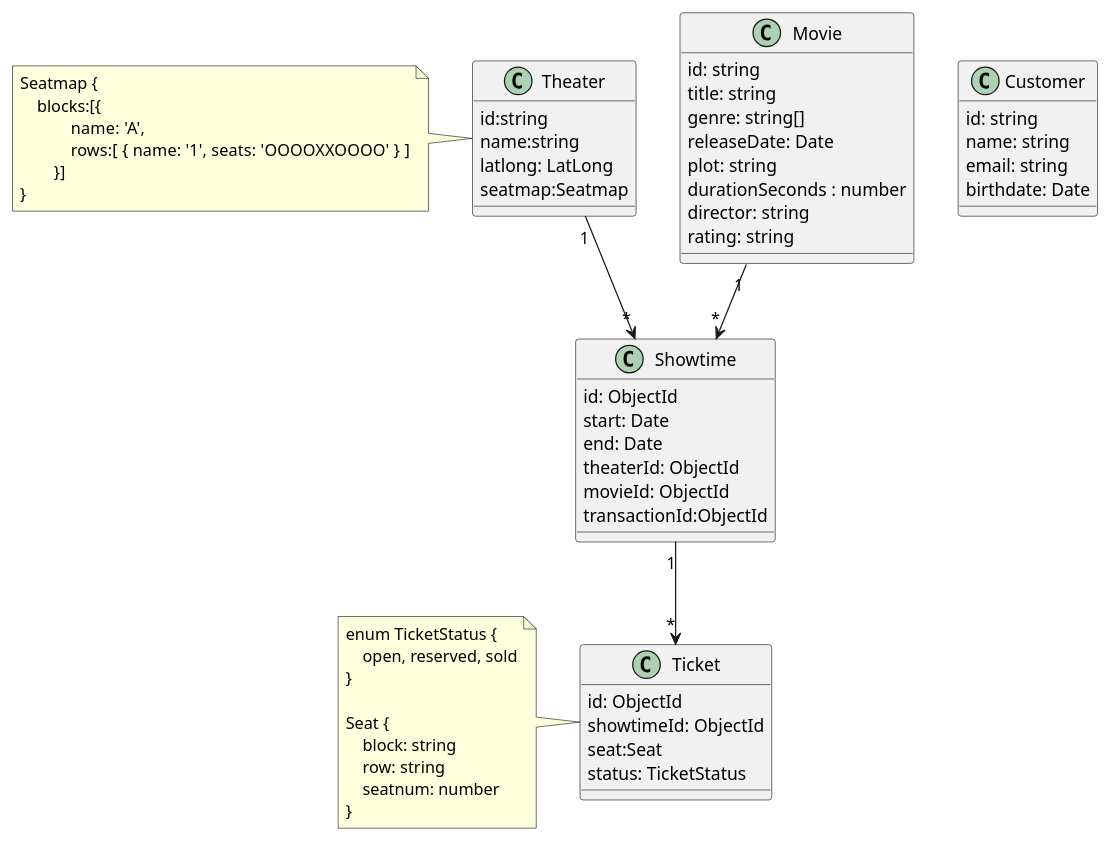
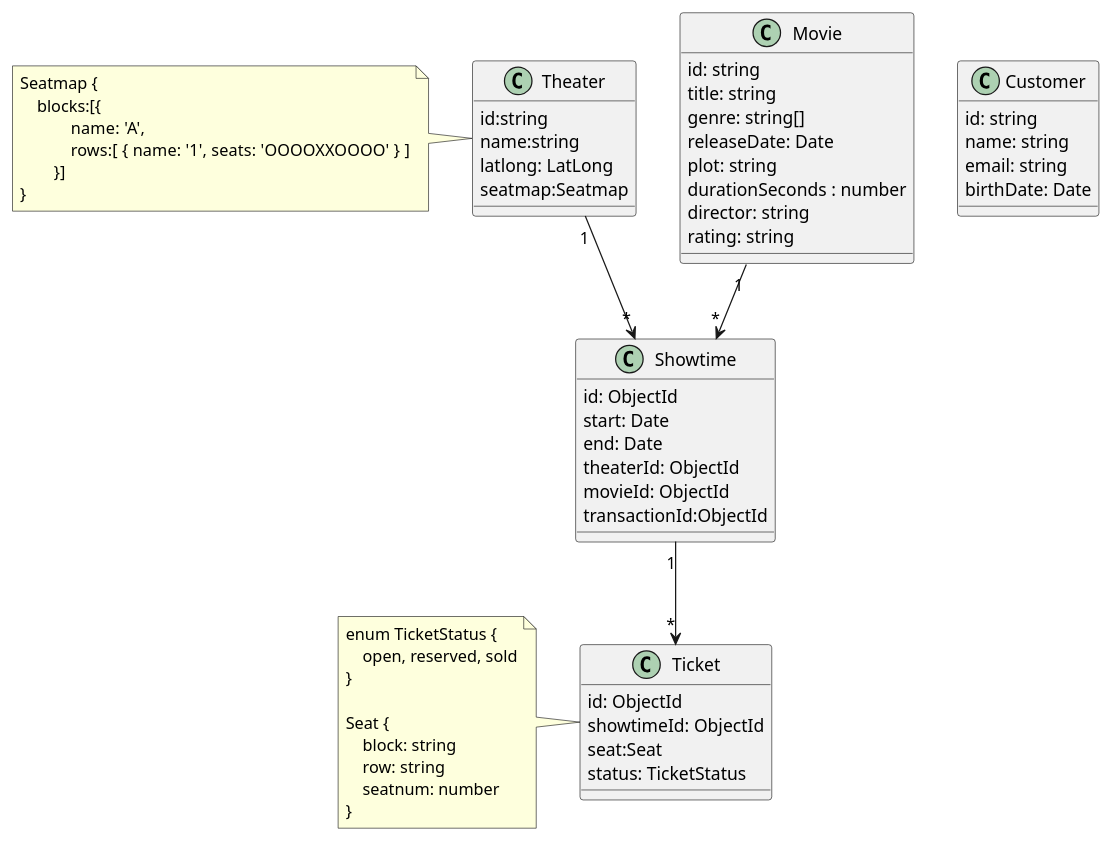
One commit to songminkyu/nest-msa changed the diagram in docs/en/designs/entities.md. Above: the diagram before and after it, drawn with PlantUML. The commit also changed 10 other files, not shown here.

Commit message:
refactor: rename birthdate to birthDate for consistency across customer-related entities

````diff
--- a/docs/en/designs/entities.md
+++ b/docs/en/designs/entities.md
@@ -15,68 +15,68 @@
 ```plantuml
 @startuml
 class Customer {
     id: string
     name: string
     email: string
-    birthdate: Date
+    birthDate: Date
 }
 
 class Movie {
     id: string
     title: string
     genre: string[]
     releaseDate: Date
     plot: string
     durationSeconds : number
     director: string
     rating: string
 }
 
 class Theater{
     id:string
     name:string
     latlong: LatLong
     seatmap:Seatmap
 }
 note left
 Seatmap {
     blocks:[{
             name: 'A',
             rows:[ {  name: '1', seats: 'OOOOXXOOOO' } ]
         }]
 }
 end note
 
 class Showtime {
     id: ObjectId
     start: Date
     end: Date
     theaterId: ObjectId
     movieId: ObjectId
     transactionId:ObjectId
 }
 
 class Ticket {
     id: ObjectId
     showtimeId: ObjectId
     seat:Seat
     status: TicketStatus
 }
 
 note left
 enum TicketStatus {
     open, reserved, sold
 }
 
 Seat {
     block: string
     row: string
     seatnum: number
 }
 end note
 
 Showtime "1" --> "*" Ticket
 Movie "1" --> "*" Showtime
 Theater "1" --> "*" Showtime
 @enduml
 ```
````
